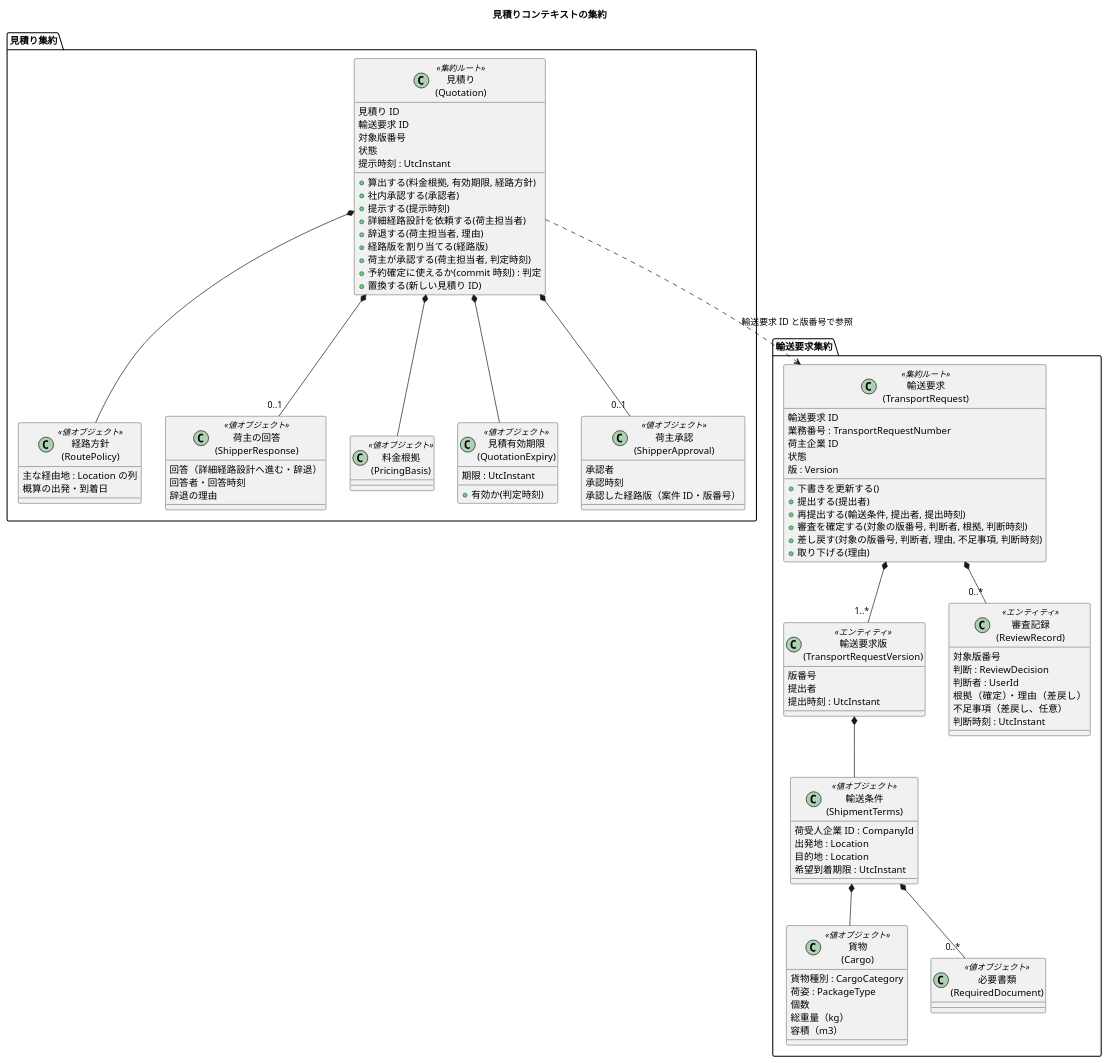
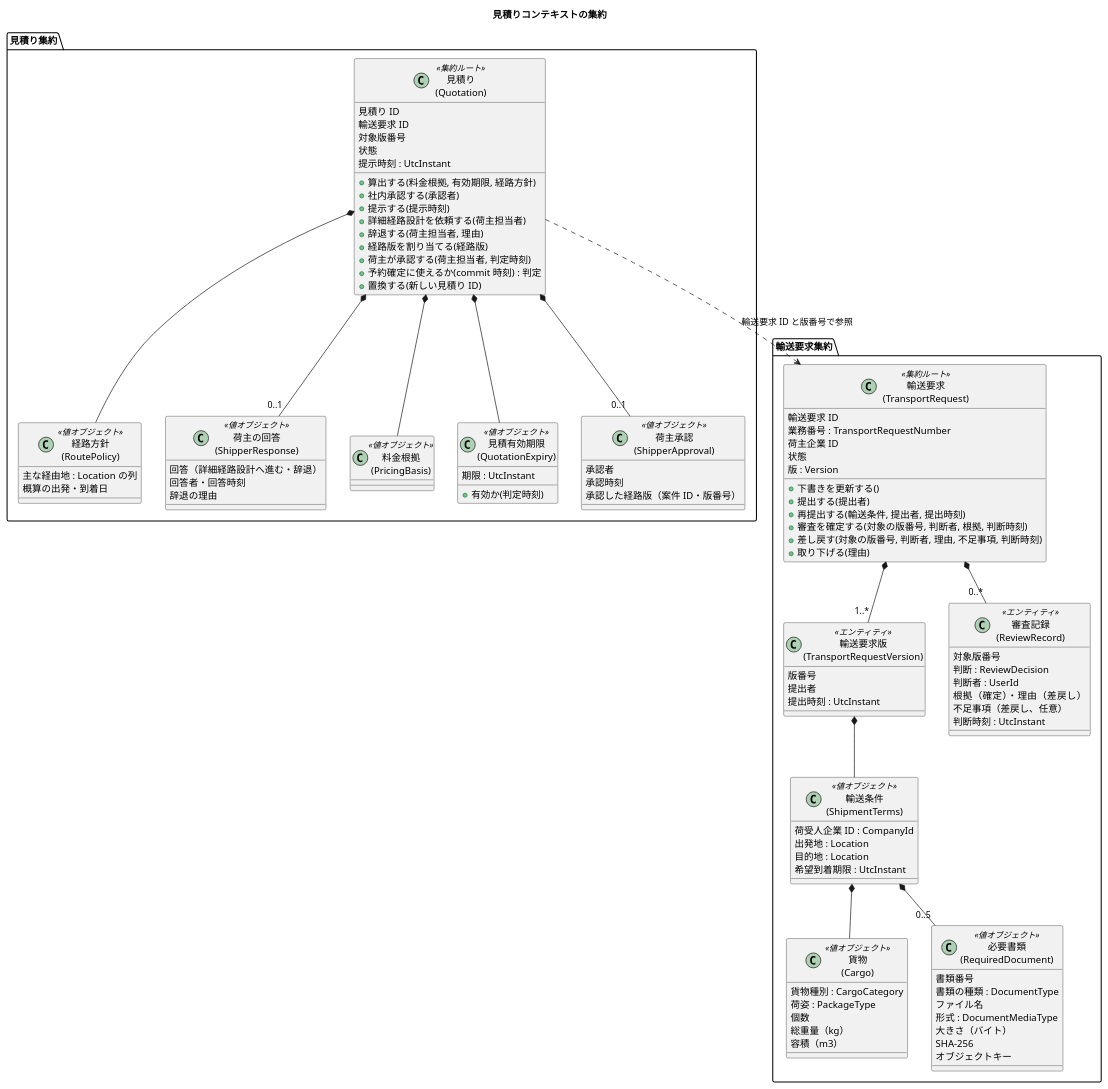
Before and after one commit to k2works/practical-domain-driven-design-in-enterpris-application: the third of 15 diagrams in docs/design/cargo-tracker/domain_model.md, drawn with PlantUML. The commit also changed other lines of this file and 5 other files, not shown here.

```diff
--- a/docs/design/cargo-tracker/domain_model.md
+++ b/docs/design/cargo-tracker/domain_model.md
@@ -235,7 +240,15 @@
     総重量（kg）
     容積（m3）
   }
-  class "必要書類\n(RequiredDocument)" as Doc <<値オブジェクト>>
+  class "必要書類\n(RequiredDocument)" as Doc <<値オブジェクト>> {
+    書類番号
+    書類の種類 : DocumentType
+    ファイル名
+    形式 : DocumentMediaType
+    大きさ（バイト）
+    SHA-256
+    オブジェクトキー
+  }
   class "審査記録\n(ReviewRecord)" as Review <<エンティティ>> {
     対象版番号
     判断 : ReviewDecision
@@ -247,7 +260,7 @@
   TR *-- "1..*" TRV
   TRV *-- Terms
   Terms *-- Cargo
-  Terms *-- "0..*" Doc
+  Terms *-- "0..5" Doc
   TR *-- "0..*" Review
 }
 package "見積り集約" {
```
